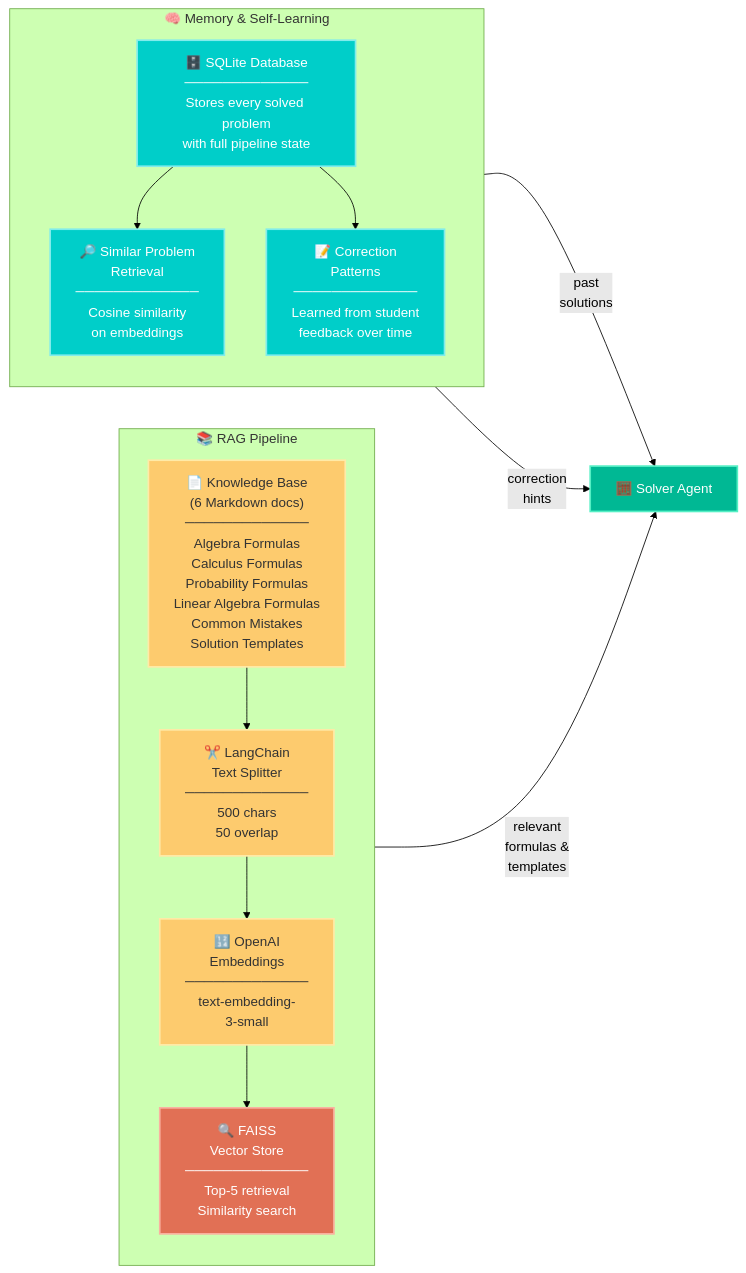
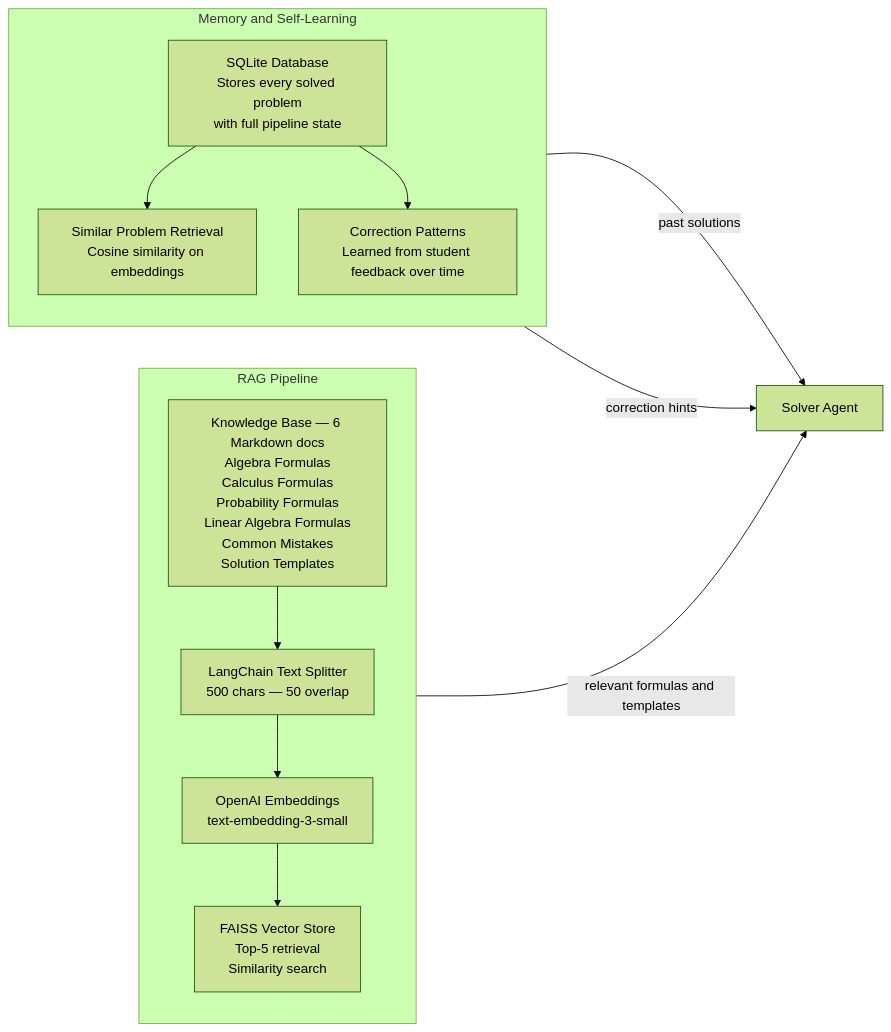
Before and after one commit to SAURABHSALVE/ai-math-tutor-rag-system: the fourth of 5 diagrams in README.md, drawn with Mermaid (forest theme). The commit also changed other lines of this file, not shown here.

Commit message:
updated the architecture diagram

````diff
--- a/README.md
+++ b/README.md
@@ -124,30 +91,21 @@
 ```mermaid
 graph LR
-    subgraph RAG["📚 RAG Pipeline"]
+    subgraph RAG [" RAG Pipeline "]
         direction TB
-        KB["📄 Knowledge Base\n(6 Markdown docs)\n─────────────\nAlgebra Formulas\nCalculus Formulas\nProbability Formulas\nLinear Algebra Formulas\nCommon Mistakes\nSolution Templates"]
-        --> SPLIT["✂️ LangChain\nText Splitter\n─────────────\n500 chars\n50 overlap"]
-        --> EMBED["🔢 OpenAI\nEmbeddings\n─────────────\ntext-embedding-\n3-small"]
-        --> FAISS["🔍 FAISS\nVector Store\n─────────────\nTop-5 retrieval\nSimilarity search"]
+        KB[" Knowledge Base — 6 Markdown docs\nAlgebra Formulas\nCalculus Formulas\nProbability Formulas\nLinear Algebra Formulas\nCommon Mistakes\nSolution Templates "]
+        --> SPLIT[" LangChain Text Splitter\n500 chars — 50 overlap "]
+        --> EMBED[" OpenAI Embeddings\ntext-embedding-3-small "]
+        --> FAISS[" FAISS Vector Store\nTop-5 retrieval\nSimilarity search "]
     end
 
-    subgraph MEMORY["🧠 Memory & Self-Learning"]
+    subgraph MEMORY [" Memory and Self-Learning "]
         direction TB
-        DB["🗄️ SQLite Database\n─────────────\nStores every solved problem\nwith full pipeline state"]
-        --> SIM["🔎 Similar Problem\nRetrieval\n─────────────\nCosine similarity\non embeddings"]
-        DB --> CORR["📝 Correction\nPatterns\n─────────────\nLearned from student\nfeedback over time"]
+        DB[" SQLite Database\nStores every solved problem\nwith full pipeline state "]
+        --> SIM[" Similar Problem Retrieval\nCosine similarity on embeddings "]
+        DB --> CORR[" Correction Patterns\nLearned from student feedback over time "]
     end
 
-    FAISS -->|"relevant\nformulas &\ntemplates"| SOLVER["🧮 Solver Agent"]
-    SIM -->|"past\nsolutions"| SOLVER
-    CORR -->|"correction\nhints"| SOLVER
-
-    style KB fill:#fdcb6e,stroke:#ffeaa7,color:#333,stroke-width:2px
-    style SPLIT fill:#fdcb6e,stroke:#ffeaa7,color:#333,stroke-width:2px
-    style EMBED fill:#fdcb6e,stroke:#ffeaa7,color:#333,stroke-width:2px
-    style FAISS fill:#e17055,stroke:#fab1a0,color:#fff,stroke-width:2px
-    style DB fill:#00cec9,stroke:#81ecec,color:#fff,stroke-width:2px
-    style SIM fill:#00cec9,stroke:#81ecec,color:#fff,stroke-width:2px
-    style CORR fill:#00cec9,stroke:#81ecec,color:#fff,stroke-width:2px
-    style SOLVER fill:#00b894,stroke:#55efc4,color:#fff,stroke-width:2px
+    FAISS -->|" relevant formulas and templates "| SOLVER[" Solver Agent "]
+    SIM -->|" past solutions "| SOLVER
+    CORR -->|" correction hints "| SOLVER
 ```
````
